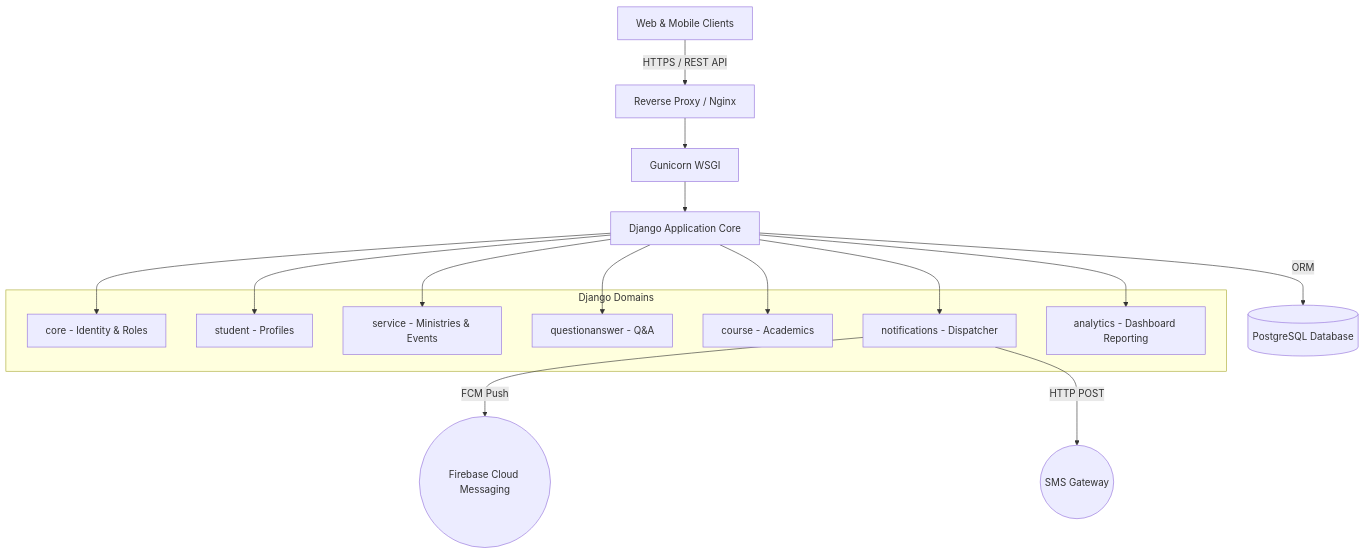
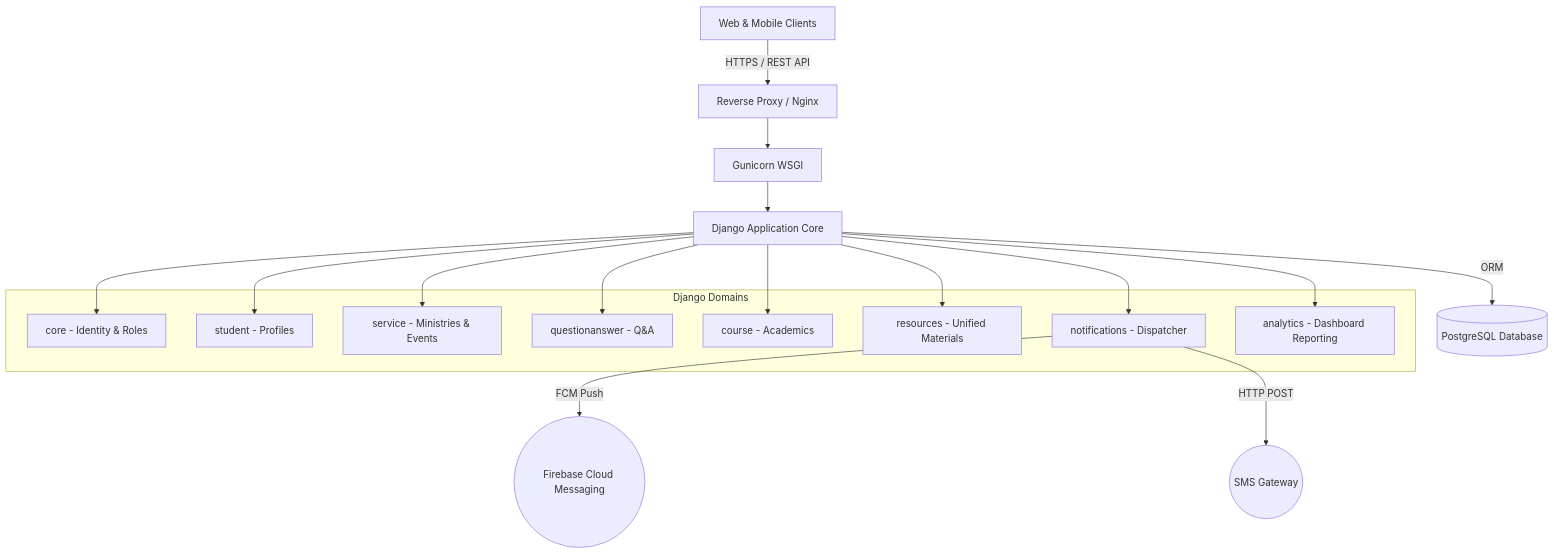
Before and after one commit to mogesTesema/finot-fullstack-system: the first of 3 diagrams in backend/system_documentation.md, drawn with Mermaid. The commit also changed other lines of this file and 22 other files, not shown here.

````diff
--- a/backend/system_documentation.md
+++ b/backend/system_documentation.md
@@ -13,22 +13,23 @@
 ```mermaid
 graph TD
     Client[Web & Mobile Clients] -->|HTTPS / REST API| Nginx[Reverse Proxy / Nginx]
     Nginx --> Gunicorn[Gunicorn WSGI]
     Gunicorn --> Django[Django Application Core]
     
     subgraph Django Domains
         Auth[core - Identity & Roles]
         Student[student - Profiles]
         Service[service - Ministries & Events]
         QA[questionanswer - Q&A]
         Course[course - Academics]
+        Resources[resources - Unified Materials]
         Notif[notifications - Dispatcher]
         Analytics[analytics - Dashboard Reporting]
     end
     
-    Django --> Auth & Student & Service & QA & Course & Notif & Analytics
+    Django --> Auth & Student & Service & QA & Course & Resources & Notif & Analytics
     
     Django -->|ORM| PostgreSQL[(PostgreSQL Database)]
     Notif -->|FCM Push| Firebase((Firebase Cloud Messaging))
     Notif -->|HTTP POST| SMS((SMS Gateway))
 ```
````
